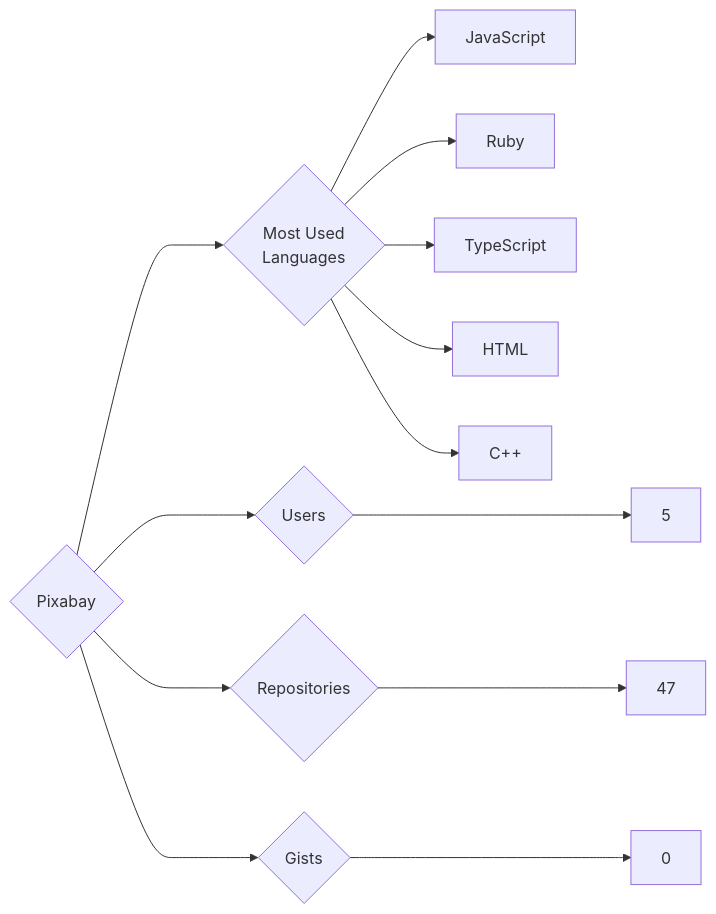
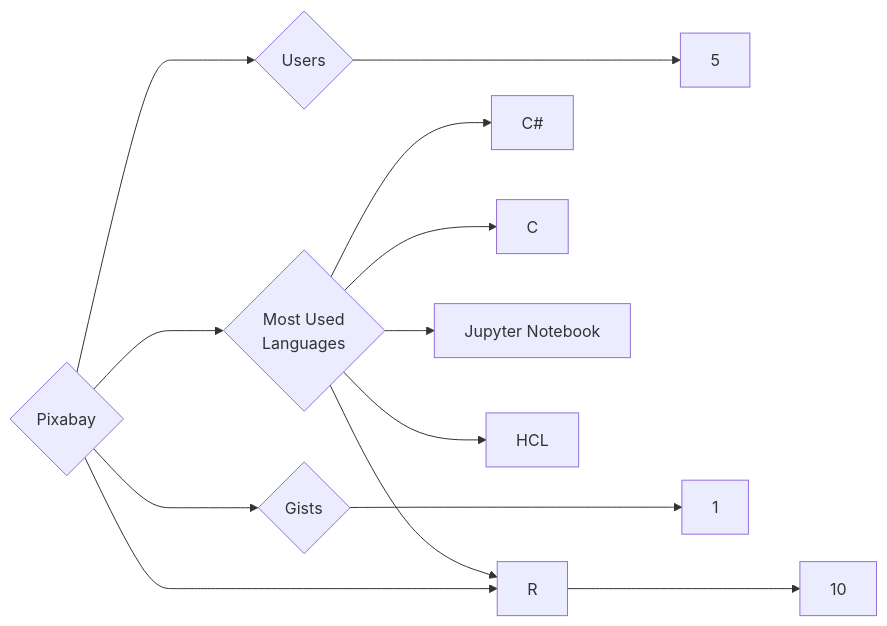
Before and after one commit to trickest/insiders: the diagram in targets/Pixabay/README.md, drawn with Mermaid. The commit also changed 1508 other files, not shown here.

````diff
--- a/targets/Pixabay/README.md
+++ b/targets/Pixabay/README.md
@@ -3,13 +3,13 @@
 ```mermaid
 graph LR
 COMPANY_NAME{Pixabay}
 COMPANY_NAME ---> U{Users} ---> UN[5]
-COMPANY_NAME ---> R{Repositories} ---> RN[47]
-COMPANY_NAME ---> G{Gists} ---> GN[0]
+COMPANY_NAME ---> R{Repositories} ---> RN[10]
+COMPANY_NAME ---> G{Gists} ---> GN[1]
 COMPANY_NAME ---> ML{Most Used<br>Languages}
-ML --> JavaScript[JavaScript]
-ML --> Ruby[Ruby]
-ML --> TypeScript[TypeScript]
-ML --> HTML[HTML]
-ML --> C++[C++]
+ML --> C#[C#]
+ML --> C[C]
+ML --> R[R]
+ML --> Jupyter_Notebook[Jupyter Notebook]
+ML --> HCL[HCL]
 ```
````
